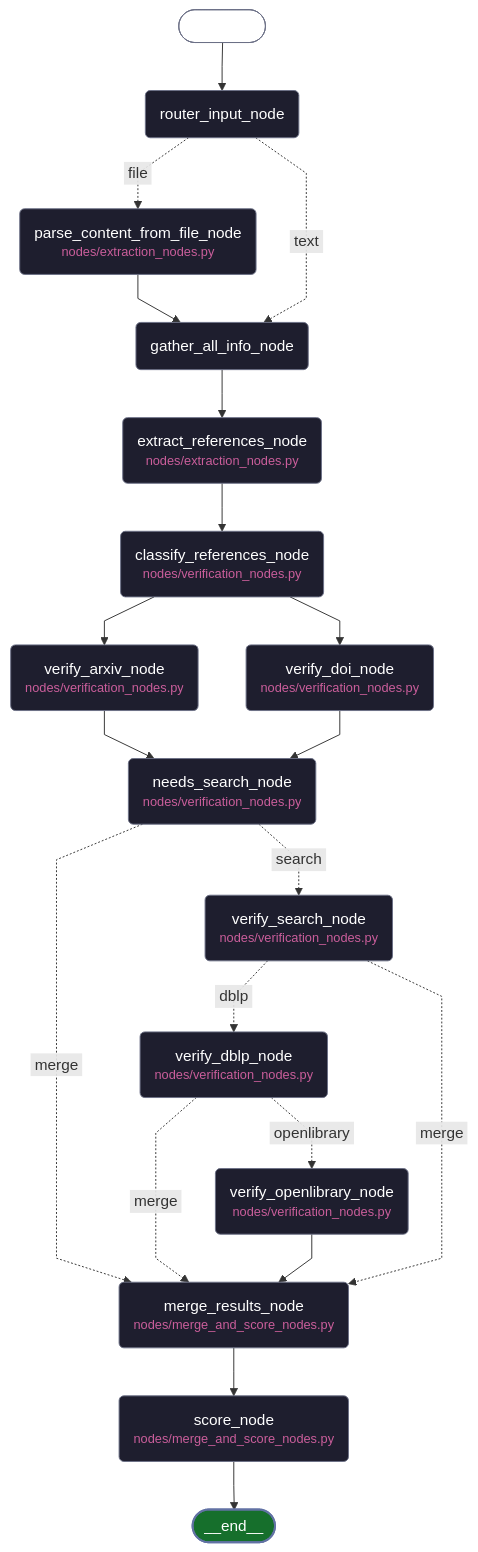
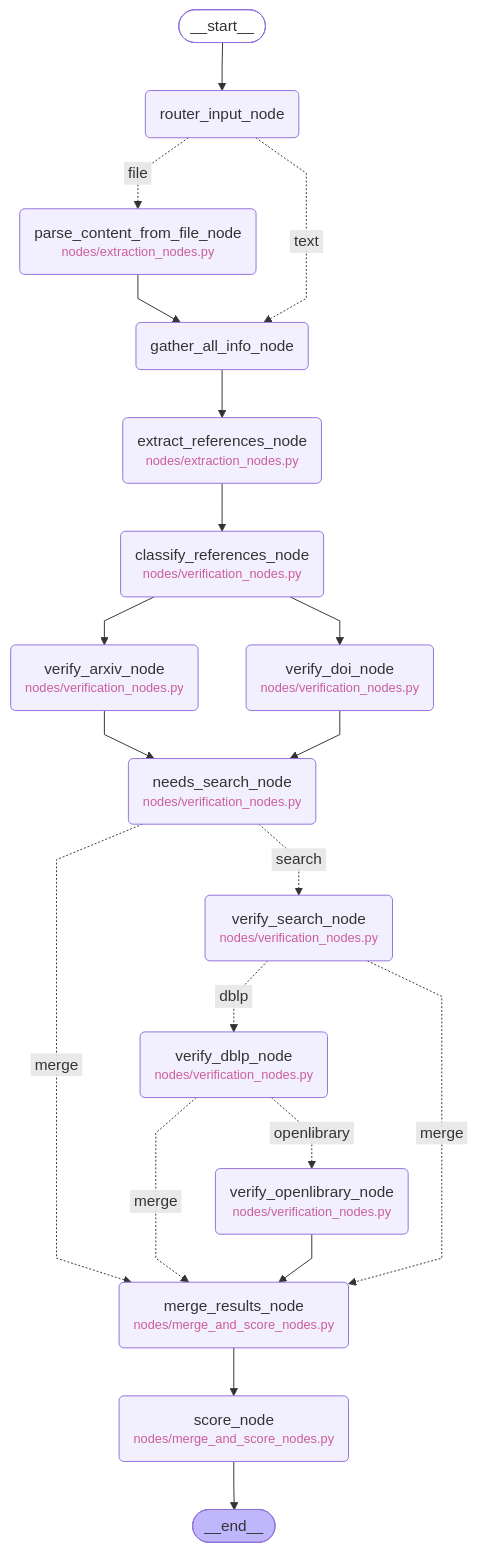
Before and after one commit to danilotpnta/citeguard: the diagram in config/pipeline/citeguard/v4/pipeline_v4.mmd, drawn with Mermaid. The commit also changed 2 other files, not shown here.

Commit message:
try light mode diagram

```diff
--- a/config/pipeline/citeguard/v4/pipeline_v4.mmd
+++ b/config/pipeline/citeguard/v4/pipeline_v4.mmd
@@ -1,43 +1,43 @@
 ---
 config:
   flowchart:
     curve: linear
 ---
 graph TD;
 	__start__([<p>__start__</p>]):::first
 	router_input_node(router_input_node)
 	gather_all_info_node(gather_all_info_node)
+	merge_results_node(merge_results_node<br/><small><font color="#ca5e9b">nodes/merge_and_score_nodes.py</font></small>)
 	parse_content_from_file_node(parse_content_from_file_node<br/><small><font color="#ca5e9b">nodes/extraction_nodes.py</font></small>)
+	extract_references_node(extract_references_node<br/><small><font color="#ca5e9b">nodes/extraction_nodes.py</font></small>)
+	verify_arxiv_node(verify_arxiv_node<br/><small><font color="#ca5e9b">nodes/verification_nodes.py</font></small>)
+	verify_doi_node(verify_doi_node<br/><small><font color="#ca5e9b">nodes/verification_nodes.py</font></small>)
+	verify_search_node(verify_search_node<br/><small><font color="#ca5e9b">nodes/verification_nodes.py</font></small>)
+	classify_references_node(classify_references_node<br/><small><font color="#ca5e9b">nodes/verification_nodes.py</font></small>)
+	verify_dblp_node(verify_dblp_node<br/><small><font color="#ca5e9b">nodes/verification_nodes.py</font></small>)
+	score_node(score_node<br/><small><font color="#ca5e9b">nodes/merge_and_score_nodes.py</font></small>)
+	verify_openlibrary_node(verify_openlibrary_node<br/><small><font color="#ca5e9b">nodes/verification_nodes.py</font></small>)
 	needs_search_node(needs_search_node<br/><small><font color="#ca5e9b">nodes/verification_nodes.py</font></small>)
-	extract_references_node(extract_references_node<br/><small><font color="#ca5e9b">nodes/extraction_nodes.py</font></small>)
-	classify_references_node(classify_references_node<br/><small><font color="#ca5e9b">nodes/verification_nodes.py</font></small>)
-	merge_results_node(merge_results_node<br/><small><font color="#ca5e9b">nodes/merge_and_score_nodes.py</font></small>)
-	verify_doi_node(verify_doi_node<br/><small><font color="#ca5e9b">nodes/verification_nodes.py</font></small>)
-	verify_openlibrary_node(verify_openlibrary_node<br/><small><font color="#ca5e9b">nodes/verification_nodes.py</font></small>)
-	verify_dblp_node(verify_dblp_node<br/><small><font color="#ca5e9b">nodes/verification_nodes.py</font></small>)
-	verify_search_node(verify_search_node<br/><small><font color="#ca5e9b">nodes/verification_nodes.py</font></small>)
-	score_node(score_node<br/><small><font color="#ca5e9b">nodes/merge_and_score_nodes.py</font></small>)
-	verify_arxiv_node(verify_arxiv_node<br/><small><font color="#ca5e9b">nodes/verification_nodes.py</font></small>)
 	__end__([<p>__end__</p>]):::last
 	__start__ --> router_input_node;
 	classify_references_node --> verify_arxiv_node;
 	classify_references_node --> verify_doi_node;
 	extract_references_node --> classify_references_node;
 	gather_all_info_node --> extract_references_node;
 	merge_results_node --> score_node;
 	needs_search_node -. &nbsp;merge&nbsp; .-> merge_results_node;
 	needs_search_node -. &nbsp;search&nbsp; .-> verify_search_node;
 	parse_content_from_file_node --> gather_all_info_node;
 	router_input_node -. &nbsp;text&nbsp; .-> gather_all_info_node;
 	router_input_node -. &nbsp;file&nbsp; .-> parse_content_from_file_node;
 	verify_arxiv_node --> needs_search_node;
 	verify_dblp_node -. &nbsp;merge&nbsp; .-> merge_results_node;
 	verify_dblp_node -. &nbsp;openlibrary&nbsp; .-> verify_openlibrary_node;
 	verify_doi_node --> needs_search_node;
 	verify_openlibrary_node --> merge_results_node;
 	verify_search_node -. &nbsp;merge&nbsp; .-> merge_results_node;
 	verify_search_node -. &nbsp;dblp&nbsp; .-> verify_dblp_node;
 	score_node --> __end__;
-	classDef default fill:#1e1e2e,color:#ffffff,stroke:#6c7086,line-height:1.2
+	classDef default fill:#f2f0ff,line-height:1.2
 	classDef first fill-opacity:0
-	classDef last fill:#166F2C,color:#ffffff,stroke:#6272a4,stroke-width:2px
+	classDef last fill:#bfb6fc
```
